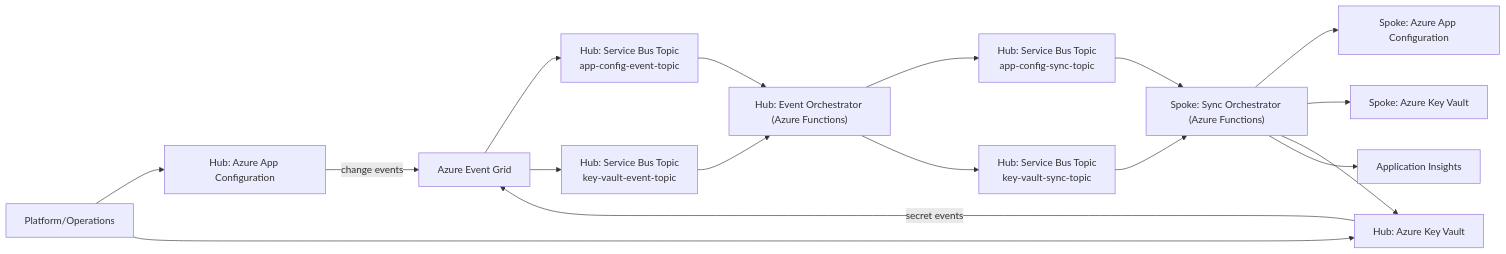
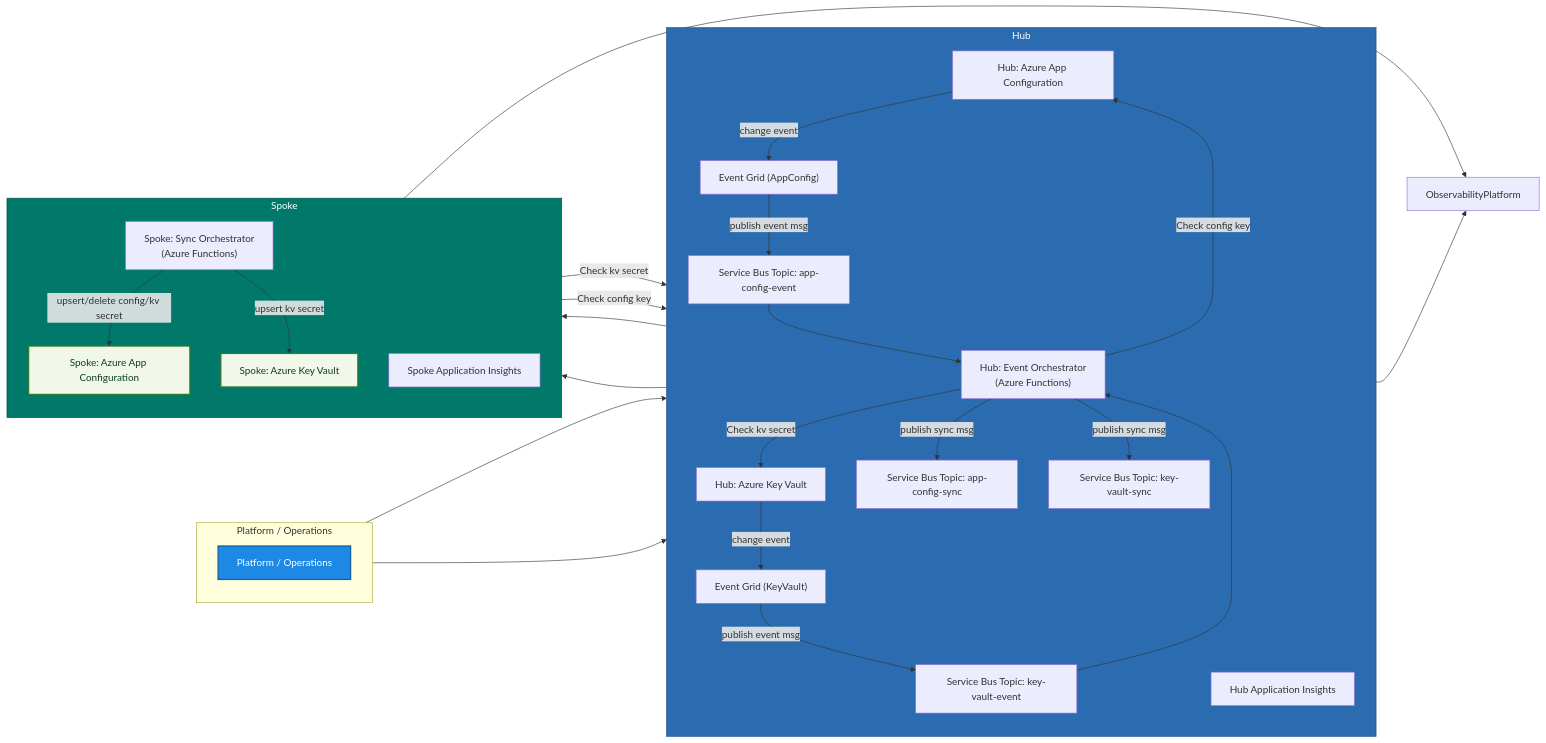
Before and after one commit to sowens81/aep-cmo-azure-enterprise-platform-config-management-orchestrator: the first of 4 diagrams in docs/Architecture.md, drawn with Mermaid. The commit also changed other lines of this file and 2 other files, not shown here.

````diff
--- a/docs/Architecture.md
+++ b/docs/Architecture.md
@@ -35,24 +34,72 @@
 ```mermaid
 flowchart LR
-  platform["Platform/Operations"] --> hubAppConfig["Hub: Azure App Configuration"]
-  platform --> hubKv["Hub: Azure Key Vault"]
-  hubAppConfig -- change events --> eventGrid["Azure Event Grid"]
-  hubKv -- secret events --> eventGrid
+  %% Start / End styling
+  classDef start fill:#1E88E5,stroke:#155fa0,stroke-width:2px,color:#FFFFFF;
+  classDef hub fill:#2B6CB0,stroke:#1D4E89,color:#FFFFFF;
+  classDef spoke fill:#00796B,stroke:#004D40,color:#FFFFFF;
+  classDef endNode fill:#F1F8E9,stroke:#2E7D32,stroke-width:2px,color:#0B3D22;
 
-  eventGrid --> sbAcIngress["Hub: Service Bus Topic<br>app-config-event-topic"]
-  eventGrid --> sbKvIngress["Hub: Service Bus Topic<br>key-vault-event-topic"]
+  %% Platform
+  subgraph Platform["Platform / Operations"]
+    direction TB
+    platform["Platform / Operations"]
+  end
+  class platform start
 
-  sbAcIngress --> hubFunc["Hub: Event Orchestrator (Azure Functions)"]
+  %% Hub
+  subgraph Hub["Hub"]
+    direction TB
+    hubAppConfig["Hub: Azure App Configuration"]
+    hubKv["Hub: Azure Key Vault"]
+    eventGridcfg["Event Grid (AppConfig)"]
+    eventGridkv["Event Grid (KeyVault)"]
+    sbAcIngress["Service Bus Topic: app-config-event"]
+    sbKvIngress["Service Bus Topic: key-vault-event"]
+    hubFunc["Hub: Event Orchestrator\n(Azure Functions)"]
+    sbAcSync["Service Bus Topic: app-config-sync"]
+    sbKvSync["Service Bus Topic: key-vault-sync"]
+    hubAppInsights["Hub Application Insights"]
+  end
+  class Hub hub
+
+  %% Spoke
+  subgraph Spoke["Spoke"]
+    direction TB
+    spokeFunc["Spoke: Sync Orchestrator\n(Azure Functions)"]
+    spokeAppConfig["Spoke: Azure App Configuration"]
+    spokeKv["Spoke: Azure Key Vault"]
+    SpokeAppInsights["Spoke Application Insights"]
+  end
+  class Spoke spoke
+  class spokeAppConfig endNode
+  class spokeKv endNode
+
+  %% Flows
+  platform --> hubAppConfig
+  platform --> hubKv
+
+  hubAppConfig -- "change event" --> eventGridcfg
+  hubKv -- "change event" --> eventGridkv
+
+  eventGridcfg -->|publish event msg | sbAcIngress
+  eventGridkv -->|publish event msg | sbKvIngress
+
+  sbAcIngress --> hubFunc
   sbKvIngress --> hubFunc
 
-  hubFunc --> sbAcSync["Hub: Service Bus Topic<br>app-config-sync-topic"]
-  hubFunc --> sbKvSync["Hub: Service Bus Topic<br>key-vault-sync-topic"]
+  hubFunc -->|Check config key| hubAppConfig
+  hubFunc -->|Check kv secret | hubKv
+  hubFunc -->|publish sync msg | sbAcSync
+  hubFunc -->|publish sync msg| sbKvSync
 
-  sbAcSync --> spokeFunc["Spoke: Sync Orchestrator (Azure Functions)"]
+  sbAcSync --> spokeFunc
   sbKvSync --> spokeFunc
-  spokeFunc --> spokeAppConfig["Spoke: Azure App Configuration"]
-  spokeFunc --> spokeKv["Spoke: Azure Key Vault"]
-  spokeFunc --> hubKv
 
-  spokeFunc --> appInsights["Application Insights"]
+  spokeFunc-->|upsert/delete config/kv secret | spokeAppConfig
+  spokeFunc-->|upsert kv secret | spokeKv
+  spokeFunc -->|Check kv secret | hubKv
+  spokeFunc -->|Check config key| hubAppConfig
+
+  hubFunc --> ObservabilityPlatform
+  spokeFunc --> ObservabilityPlatform
 ```
````
